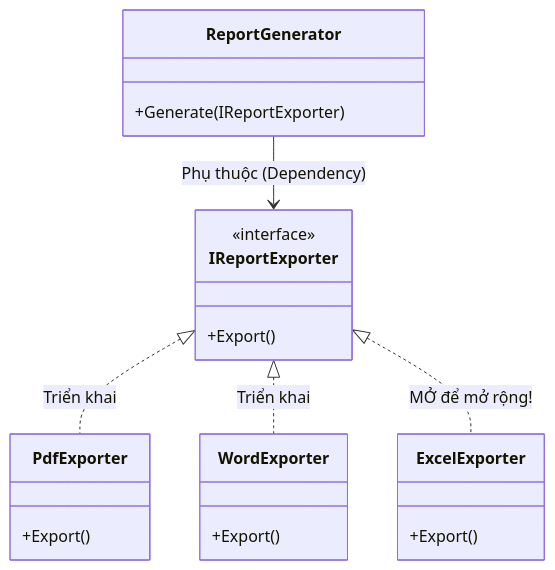
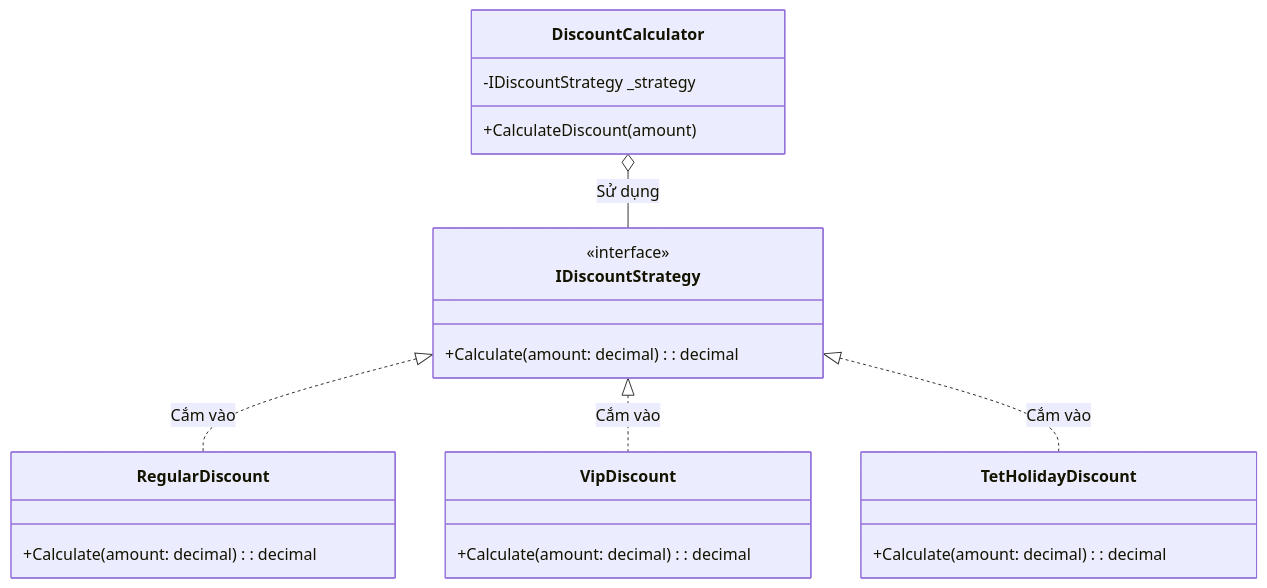
The diagram in frontend/src/features/docs/content/solid/ocp.md (maitieubao/VisualizationDSA), drawn with Mermaid before and after one commit. The commit also changed other lines of this file and 823 other files, not shown here.

First line of the commit message:
feat: Sprint 3 hoàn tất - Classroom, Codelabs, Theory Articles, Graph search viz + redesign QuickSort/MergeSort visualizers

````diff
--- a/frontend/src/features/docs/content/solid/ocp.md
+++ b/frontend/src/features/docs/content/solid/ocp.md
@@ -56,24 +79,27 @@
 ```mermaid
 classDiagram
-    class ReportGenerator {
-        +Generate(IReportExporter)
-    }
-    class IReportExporter {
+    class IDiscountStrategy {
         <<interface>>
-        +Export()
-    }
-    class PdfExporter {
-        +Export()
-    }
-    class WordExporter {
-        +Export()
-    }
-    class ExcelExporter {
-        +Export()
+        +Calculate(amount: decimal): decimal
     }
     
-    ReportGenerator --> IReportExporter : Phụ thuộc (Dependency)
-    IReportExporter <|.. PdfExporter : Triển khai
-    IReportExporter <|.. WordExporter : Triển khai
-    IReportExporter <|.. ExcelExporter : MỞ để mở rộng!
+    class RegularDiscount {
+        +Calculate(amount: decimal): decimal
+    }
+    class VipDiscount {
+        +Calculate(amount: decimal): decimal
+    }
+    class TetHolidayDiscount {
+        +Calculate(amount: decimal): decimal
+    }
+    
+    class DiscountCalculator {
+        -IDiscountStrategy _strategy
+        +CalculateDiscount(amount)
+    }
+    
+    IDiscountStrategy <|.. RegularDiscount : Cắm vào
+    IDiscountStrategy <|.. VipDiscount : Cắm vào
+    IDiscountStrategy <|.. TetHolidayDiscount : Cắm vào
+    DiscountCalculator o-- IDiscountStrategy : Sử dụng
 ```
````
